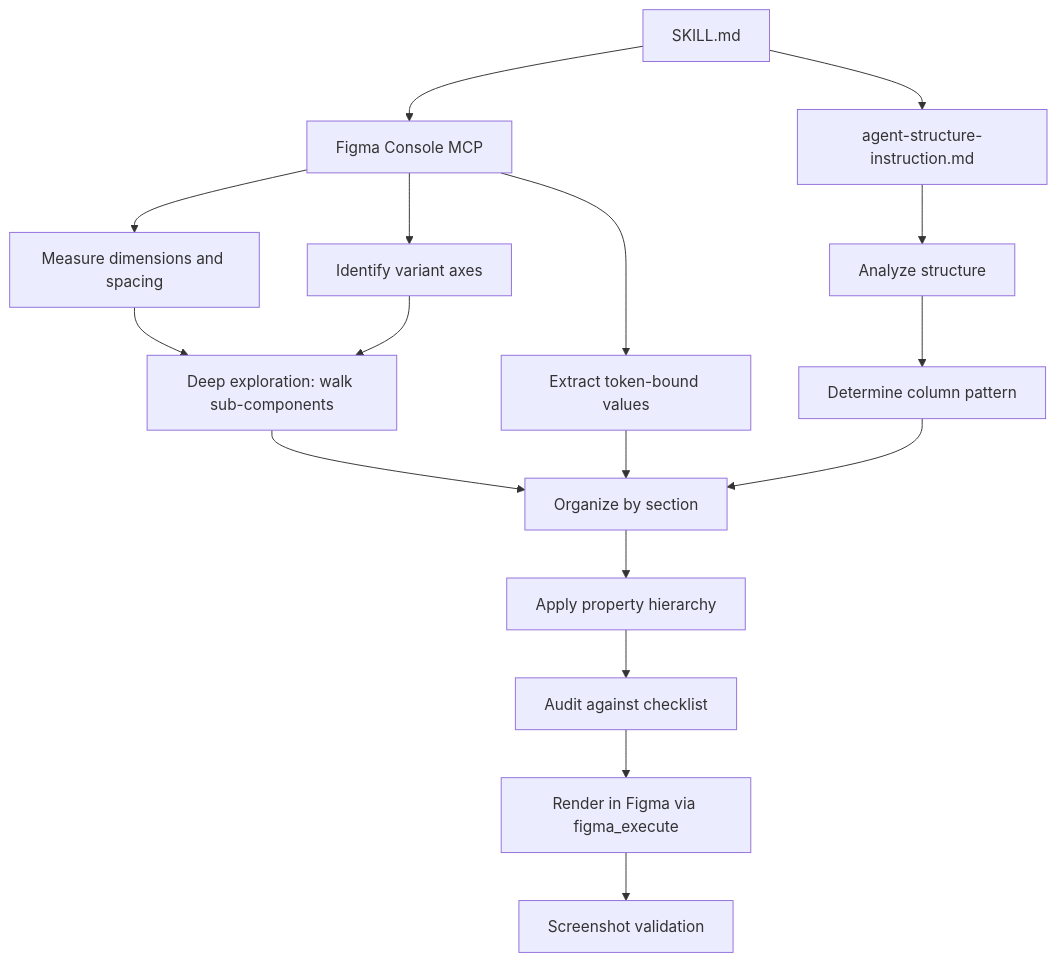
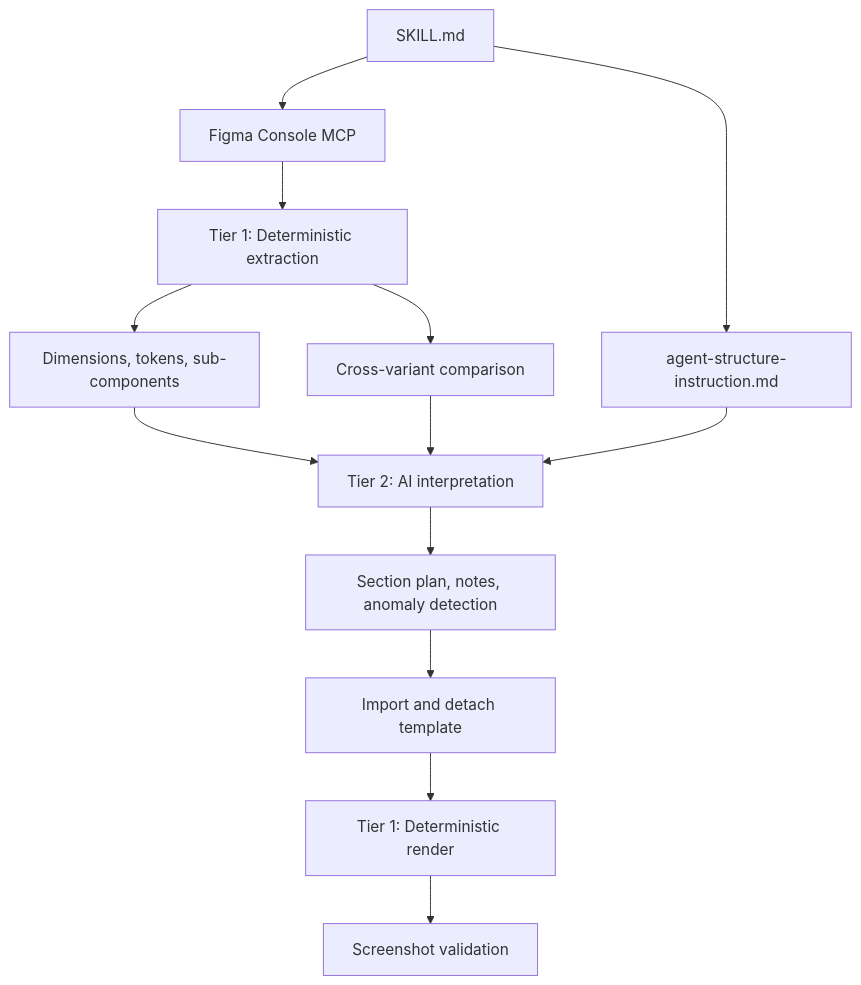
The fifth of 9 diagrams in docs/how-it-works.mdx (redongreen/uSpec), drawn with Mermaid before and after one commit. The commit also changed other lines of this file and 8 other files, not shown here.

````diff
--- a/docs/how-it-works.mdx
+++ b/docs/how-it-works.mdx
@@ -163,22 +163,18 @@
 ```mermaid
 flowchart TB
     Skill[SKILL.md] --> Instruction[agent-structure-instruction.md]
     Skill --> MCP[Figma Console MCP]
 
-    Instruction --> Analyze[Analyze structure]
-    MCP --> Measure[Measure dimensions and spacing]
-    MCP --> VarAxes[Identify variant axes]
-    MCP --> TokenVals[Extract token-bound values]
+    MCP --> Extract["Tier 1: Deterministic extraction"]
+    Extract --> Dims[Dimensions, tokens, sub-components]
+    Extract --> Compare[Cross-variant comparison]
 
-    Measure --> DeepExplore[Deep exploration: walk sub-components]
-    VarAxes --> DeepExplore
-    DeepExplore --> Organize[Organize by section]
-    TokenVals --> Organize
+    Dims --> Interpret["Tier 2: AI interpretation"]
+    Compare --> Interpret
+    Instruction --> Interpret
 
-    Analyze --> Columns[Determine column pattern]
-    Columns --> Organize
-    Organize --> Hierarchy[Apply property hierarchy]
-    Hierarchy --> Checklist[Audit against checklist]
-    Checklist --> Render[Render in Figma via figma_execute]
+    Interpret --> Plan[Section plan, notes, anomaly detection]
+    Plan --> Import[Import and detach template]
+    Import --> Render["Tier 1: Deterministic render"]
     Render --> Validate[Screenshot validation]
 ```
````
